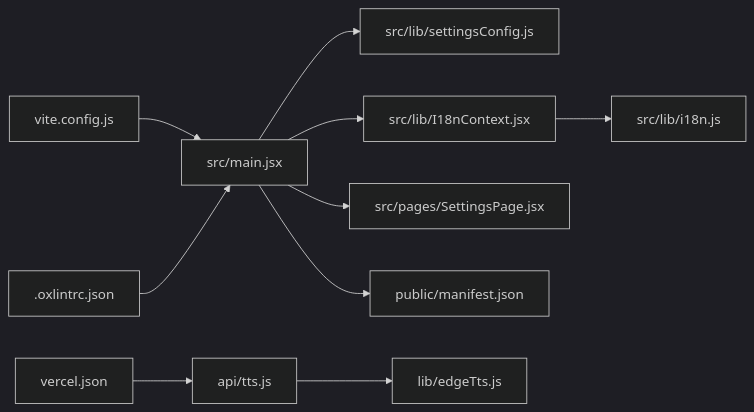
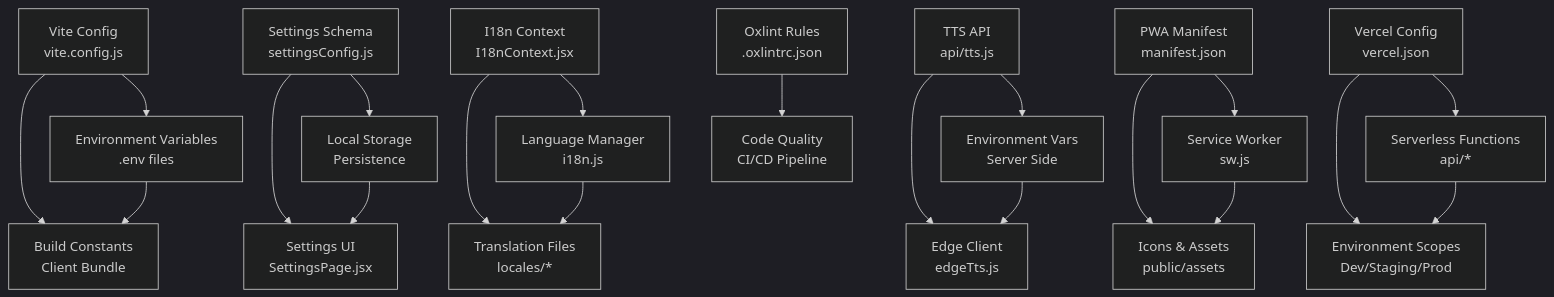
The third of 4 diagrams in .qoder/repowiki/en/content/Configuration & Customization.md (zmyeo54/briefroom), drawn with Mermaid (dark theme) before and after one commit. The commit also changed other lines of this file and 5 other files, not shown here.

````diff
--- a/.qoder/repowiki/en/content/Configuration & Customization.md
+++ b/.qoder/repowiki/en/content/Configuration & Customization.md
@@ -262,12 +1710,22 @@
 ```mermaid
-graph LR
-Vite["vite.config.js"] --> App["src/main.jsx"]
-App --> Settings["src/lib/settingsConfig.js"]
-App --> I18nCtx["src/lib/I18nContext.jsx"]
-I18nCtx --> I18nCore["src/lib/i18n.js"]
-App --> SettingsUI["src/pages/SettingsPage.jsx"]
-App --> PWA["public/manifest.json"]
-Vercel["vercel.json"] --> API["api/tts.js"]
-API --> Edge["lib/edgeTts.js"]
-Lint[".oxlintrc.json"] --> App
+graph TD
+A["Vite Config<br/>vite.config.js"] --> B["Environment Variables<br/>.env files"]
+A --> C["Build Constants<br/>Client Bundle"]
+D["Settings Schema<br/>settingsConfig.js"] --> E["Local Storage<br/>Persistence"]
+D --> F["Settings UI<br/>SettingsPage.jsx"]
+G["I18n Context<br/>I18nContext.jsx"] --> H["Language Manager<br/>i18n.js"]
+G --> I["Translation Files<br/>locales/*"]
+J["TTS API<br/>api/tts.js"] --> K["Environment Vars<br/>Server Side"]
+J --> L["Edge Client<br/>edgeTts.js"]
+M["PWA Manifest<br/>manifest.json"] --> N["Service Worker<br/>sw.js"]
+M --> O["Icons & Assets<br/>public/assets"]
+P["Vercel Config<br/>vercel.json"] --> Q["Serverless Functions<br/>api/*"]
+P --> R["Environment Scopes<br/>Dev/Staging/Prod"]
+S["Oxlint Rules<br/>.oxlintrc.json"] --> T["Code Quality<br/>CI/CD Pipeline"]
+B --> C
+E --> F
+H --> I
+K --> L
+N --> O
+Q --> R
 ```
````
